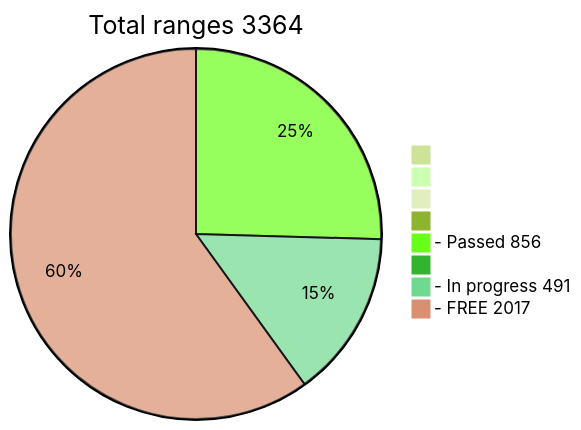
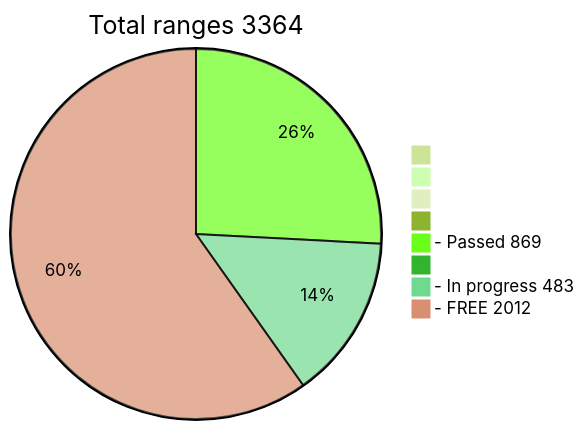
The diagram in README.md (phrutis/wif500), drawn with Mermaid (forest theme) before and after one commit.

````diff
--- a/README.md
+++ b/README.md
@@ -16,11 +16,11 @@
 ```mermaid
 pie title Total ranges 3364
              " " : 0
             "  " : 0
            "   " : 0
           "    " : 0
-  "- Passed 856" : 856
+  "- Passed 869" : 869
          "     " : 0
-  "- In progress 491" : 491
-   "- FREE 2017" : 2017
+  "- In progress 483" : 483
+   "- FREE 2012" : 2012
 ```
````
